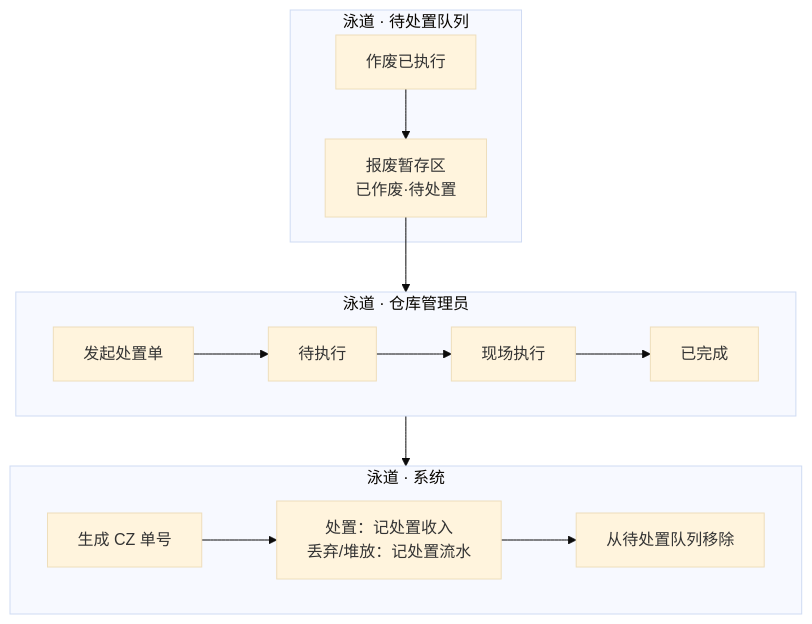
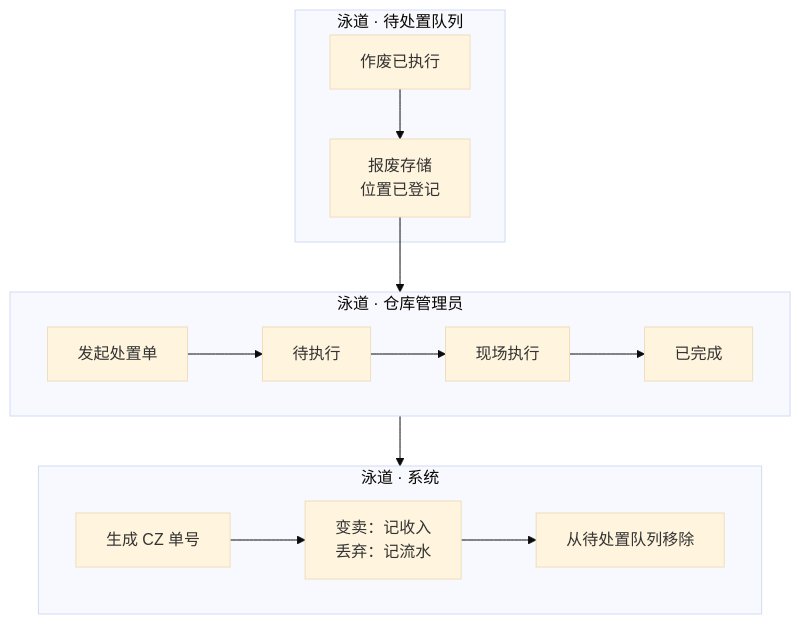
One commit to liaoliao66/wms changed diagram 20 of 34 in prototype/docs/prd.md. Above: the diagram before and after it, drawn with Mermaid (base theme). The commit also changed other lines of this file and 36 other files, not shown here.

````diff
--- a/prototype/docs/prd.md
+++ b/prototype/docs/prd.md
@@ -1410,20 +1547,20 @@
 ```mermaid
 flowchart TB
     subgraph pool["泳道 · 待处置队列"]
-        P1["作废已执行"] --> P2["报废暂存区<br/>已作废·待处置"]
+        P1["作废已执行"] --> P2["报废存储<br/>位置已登记"]
     end
 
     subgraph wh["泳道 · 仓库管理员"]
         direction LR
         W1["发起处置单"] --> W2["待执行"] --> W3["现场执行"] --> W4["已完成"]
     end
 
     subgraph sys["泳道 · 系统"]
         direction LR
-        S1["生成 CZ 单号"] --> S2["处置：记处置收入<br/>丢弃/堆放：记处置流水"]
+        S1["生成 CZ 单号"] --> S2["变卖：记收入<br/>丢弃：记流水"]
         S2 --> S3["从待处置队列移除"]
     end
 
     P2 --> W1
     W4 --> S1
 ```
````
